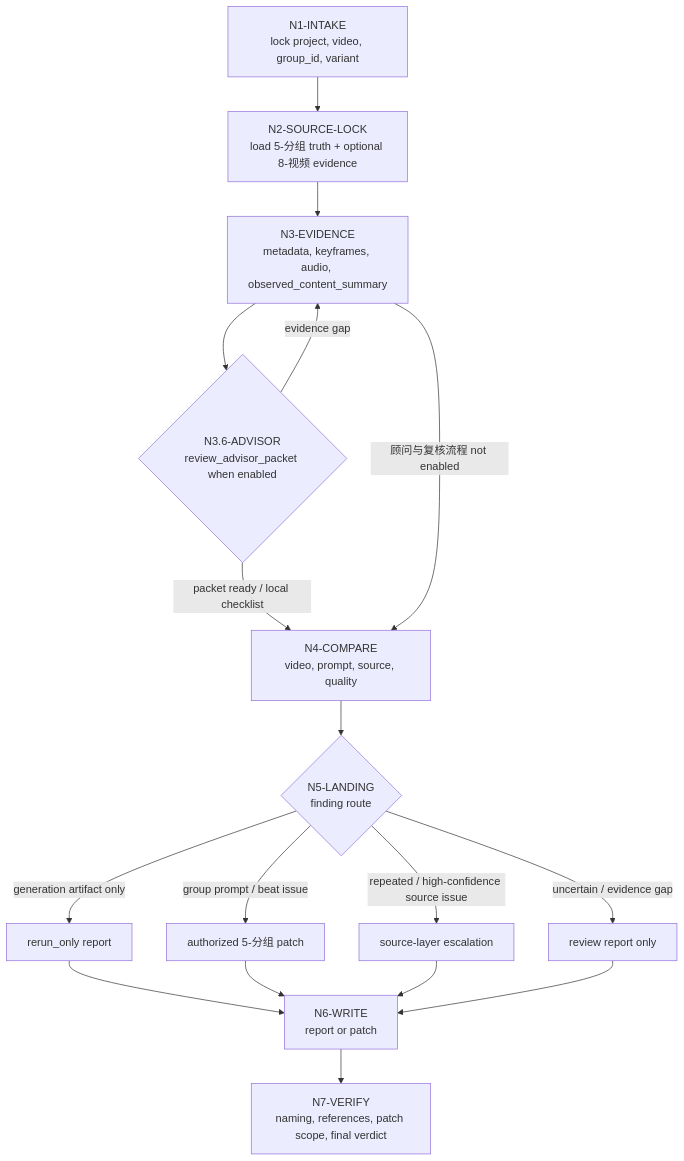
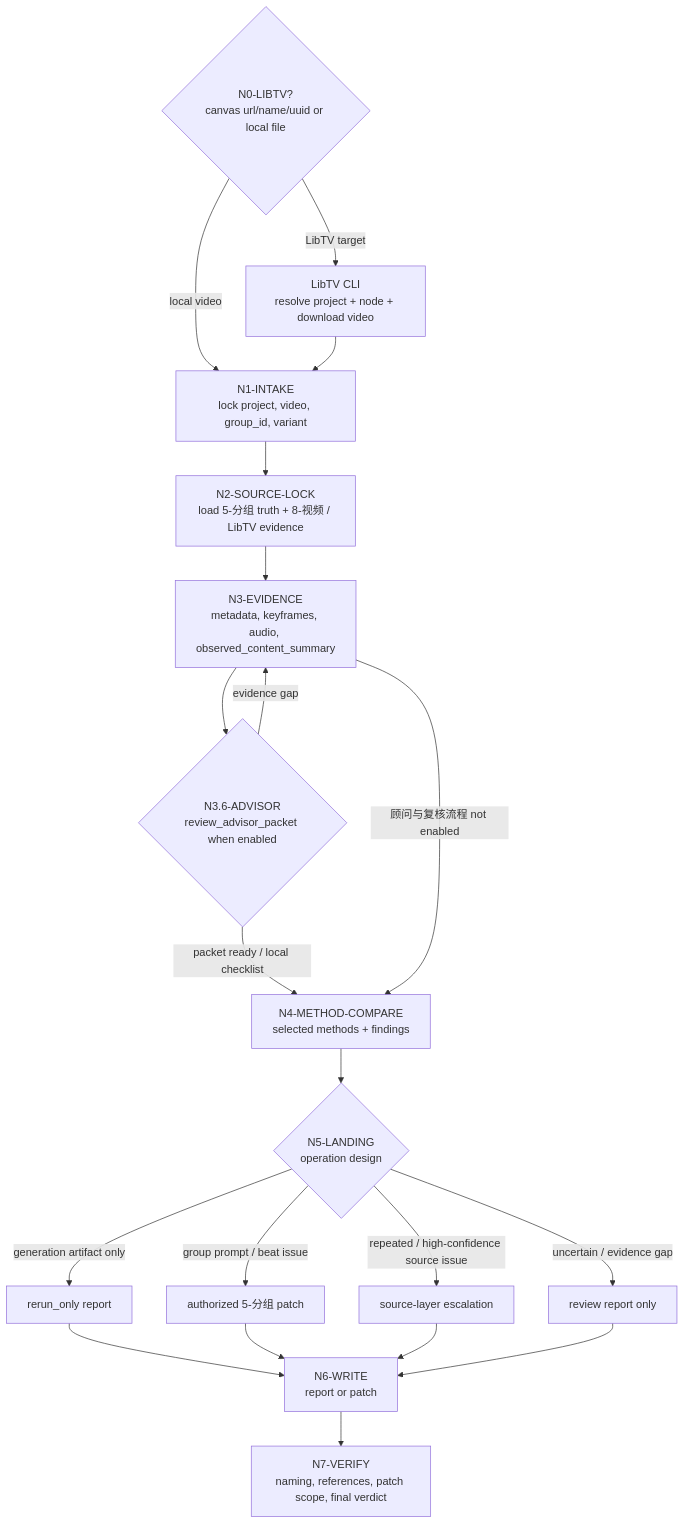
The first of 4 diagrams in .agents/skills/aigc/9-审片/SKILL.md (ZEN-VOID/AI-CUT), drawn with Mermaid before and after one commit. The commit also changed other lines of this file and 31 other files, not shown here.

````diff
--- a/.agents/skills/aigc/9-审片/SKILL.md
+++ b/.agents/skills/aigc/9-审片/SKILL.md
@@ -140,19 +160,22 @@
 ```mermaid
 flowchart TD
-    N1["N1-INTAKE<br/>lock project, video, group_id, variant"] --> N2["N2-SOURCE-LOCK<br/>load 5-分组 truth + optional 8-视频 evidence"]
+    N0{"N0-LIBTV?<br/>canvas url/name/uuid or local file"} -->|"LibTV target"| L["LibTV CLI<br/>resolve project + node + download video"]
+    N0 -->|"local video"| N1["N1-INTAKE<br/>lock project, video, group_id, variant"]
+    L --> N1
+    N1 --> N2["N2-SOURCE-LOCK<br/>load 5-分组 truth + 8-视频 / LibTV evidence"]
     N2 --> N3["N3-EVIDENCE<br/>metadata, keyframes, audio, observed_content_summary"]
     N3 --> N36{"N3.6-ADVISOR<br/>review_advisor_packet when enabled"}
     N36 -->|"evidence gap"| N3
-    N36 -->|"packet ready / local checklist"| N4["N4-COMPARE<br/>video, prompt, source, quality"]
+    N36 -->|"packet ready / local checklist"| N4["N4-METHOD-COMPARE<br/>selected methods + findings"]
     N3 -->|"顾问与复核流程 not enabled"| N4
-    N4 --> N5{"N5-LANDING<br/>finding route"}
+    N4 --> N5{"N5-LANDING<br/>operation design"}
     N5 -->|"generation artifact only"| R["rerun_only report"]
     N5 -->|"group prompt / beat issue"| G["authorized 5-分组 patch"]
     N5 -->|"repeated / high-confidence source issue"| S["source-layer escalation"]
     N5 -->|"uncertain / evidence gap"| O["review report only"]
     R --> N6["N6-WRITE<br/>report or patch"]
     G --> N6
     S --> N6
     O --> N6
     N6 --> N7["N7-VERIFY<br/>naming, references, patch scope, final verdict"]
 ```
````
